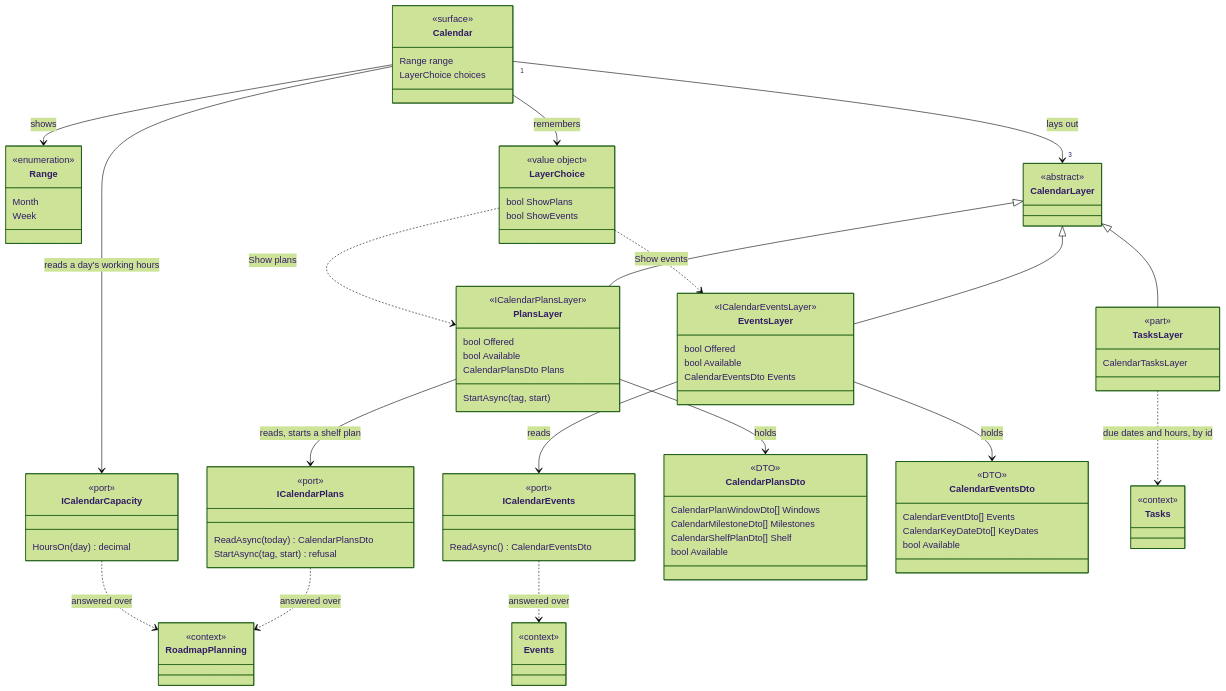
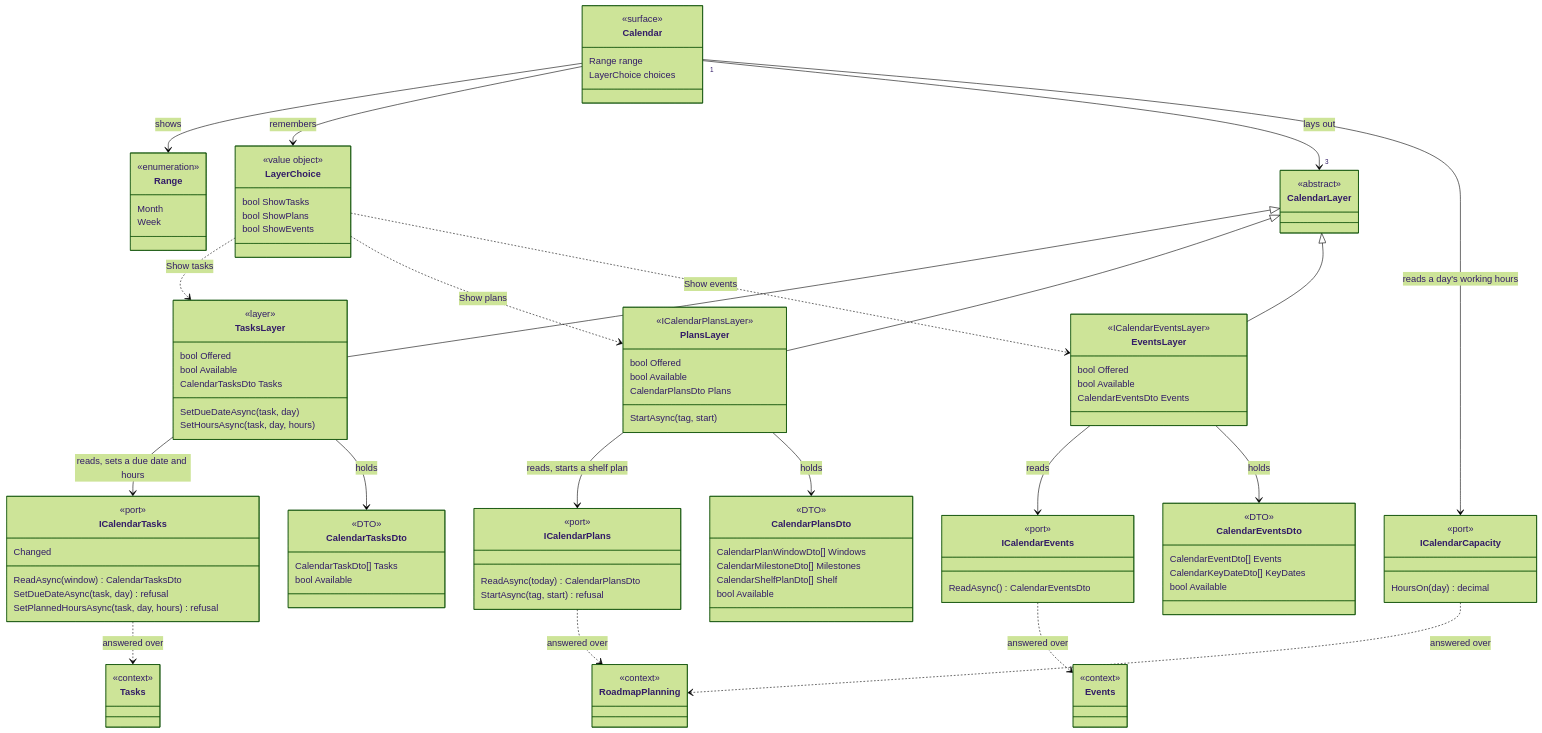
One commit to JSdotNet/Backlog changed the diagram in .devbook/domain/calendar/model.md. Above: the diagram before and after it, drawn with Mermaid (forest theme). The commit also changed other lines of this file and 16 other files, not shown here.

First line of the commit message:
docs(devbook): ADR 0056 - the Calendar owns its grid, Tasks is one layer

```diff
--- a/.devbook/domain/calendar/model.md
+++ b/.devbook/domain/calendar/model.md
@@ -26,6 +26,7 @@
     }
     class LayerChoice {
         <<value object>>
+        bool ShowTasks
         bool ShowPlans
         bool ShowEvents
     }
@@ -33,8 +34,12 @@
         <<abstract>>
     }
     class TasksLayer {
-        <<part>>
-        CalendarTasksLayer
+        <<layer>>
+        bool Offered
+        bool Available
+        CalendarTasksDto Tasks
+        SetDueDateAsync(task, day)
+        SetHoursAsync(task, day, hours)
     }
     class PlansLayer {
         <<ICalendarPlansLayer>>
@@ -49,6 +54,13 @@
         bool Available
         CalendarEventsDto Events
     }
+    class ICalendarTasks {
+        <<port>>
+        ReadAsync(window) CalendarTasksDto
+        Changed
+        SetDueDateAsync(task, day) refusal
+        SetPlannedHoursAsync(task, day, hours) refusal
+    }
     class ICalendarPlans {
         <<port>>
         ReadAsync(today) CalendarPlansDto
@@ -61,6 +73,11 @@
     class ICalendarEvents {
         <<port>>
         ReadAsync() CalendarEventsDto
+    }
+    class CalendarTasksDto {
+        <<DTO>>
+        CalendarTaskDto[] Tasks
+        bool Available
     }
     class CalendarPlansDto {
         <<DTO>>
@@ -91,14 +108,17 @@
     CalendarLayer <|-- TasksLayer
     CalendarLayer <|-- PlansLayer
     CalendarLayer <|-- EventsLayer
+    LayerChoice ..> TasksLayer : Show tasks
     LayerChoice ..> PlansLayer : Show plans
     LayerChoice ..> EventsLayer : Show events
+    TasksLayer --> ICalendarTasks : reads, sets a due date and hours
+    TasksLayer --> CalendarTasksDto : holds
     PlansLayer --> ICalendarPlans : reads, starts a shelf plan
     PlansLayer --> CalendarPlansDto : holds
     EventsLayer --> ICalendarEvents : reads
     EventsLayer --> CalendarEventsDto : holds
     Calendar --> ICalendarCapacity : reads a day's working hours
-    TasksLayer ..> Tasks : due dates and hours, by id
+    ICalendarTasks ..> Tasks : answered over
     ICalendarPlans ..> RoadmapPlanning : answered over
     ICalendarCapacity ..> RoadmapPlanning : answered over
     ICalendarEvents ..> Events : answered over
```
